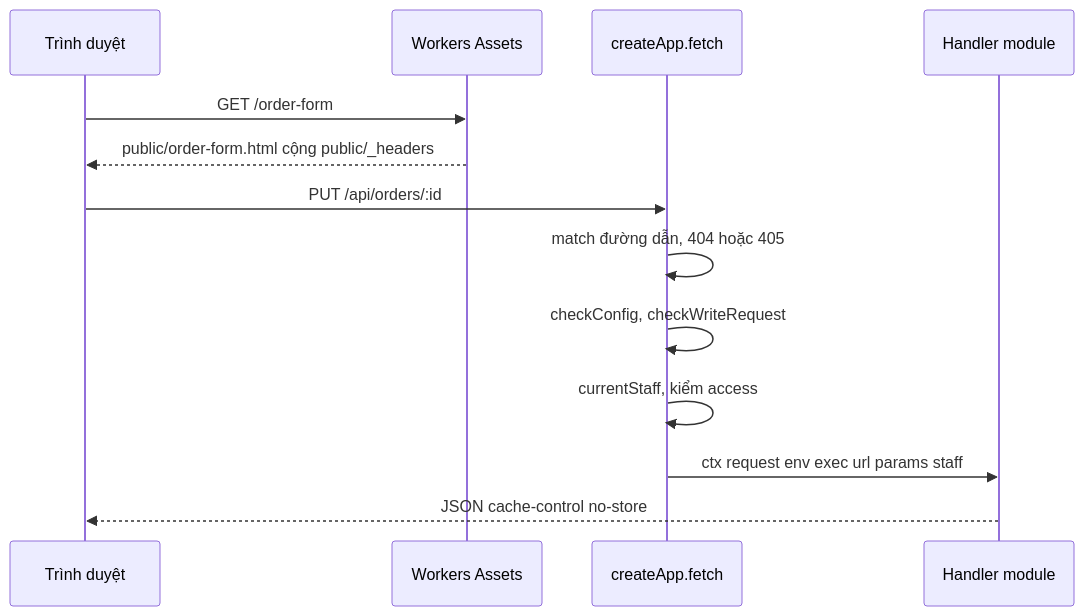
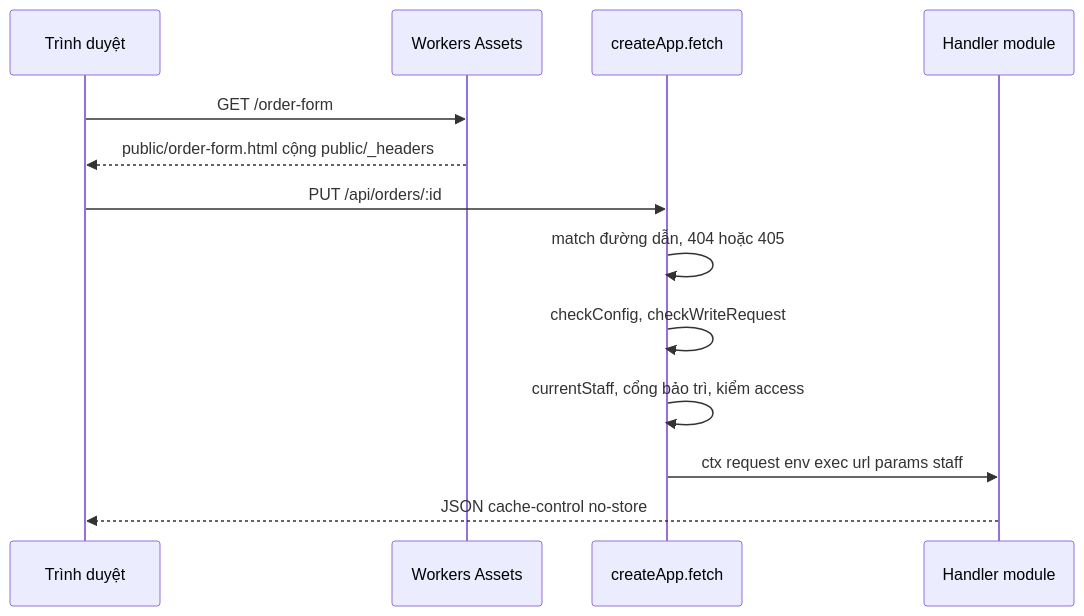
Before and after one commit to luutuanvu1010/tourdaobooking: the second of 4 diagrams in docs/SYSTEM-DESIGN.md, drawn with Mermaid. The commit also changed other lines of this file and 5 other files, not shown here.

````diff
--- a/docs/SYSTEM-DESIGN.md
+++ b/docs/SYSTEM-DESIGN.md
@@ -92,15 +92,15 @@
 ```mermaid
 sequenceDiagram
   participant B as Trình duyệt
   participant CF as Workers Assets
   participant R as createApp.fetch
   participant H as Handler module
   B->>CF: GET /order-form
   CF-->>B: public/order-form.html cộng public/_headers
   B->>R: PUT /api/orders/:id
   R->>R: match đường dẫn, 404 hoặc 405
   R->>R: checkConfig, checkWriteRequest
-  R->>R: currentStaff, kiểm access
+  R->>R: currentStaff, cổng bảo trì, kiểm access
   R->>H: ctx request env exec url params staff
   H-->>B: JSON cache-control no-store
 ```
````
